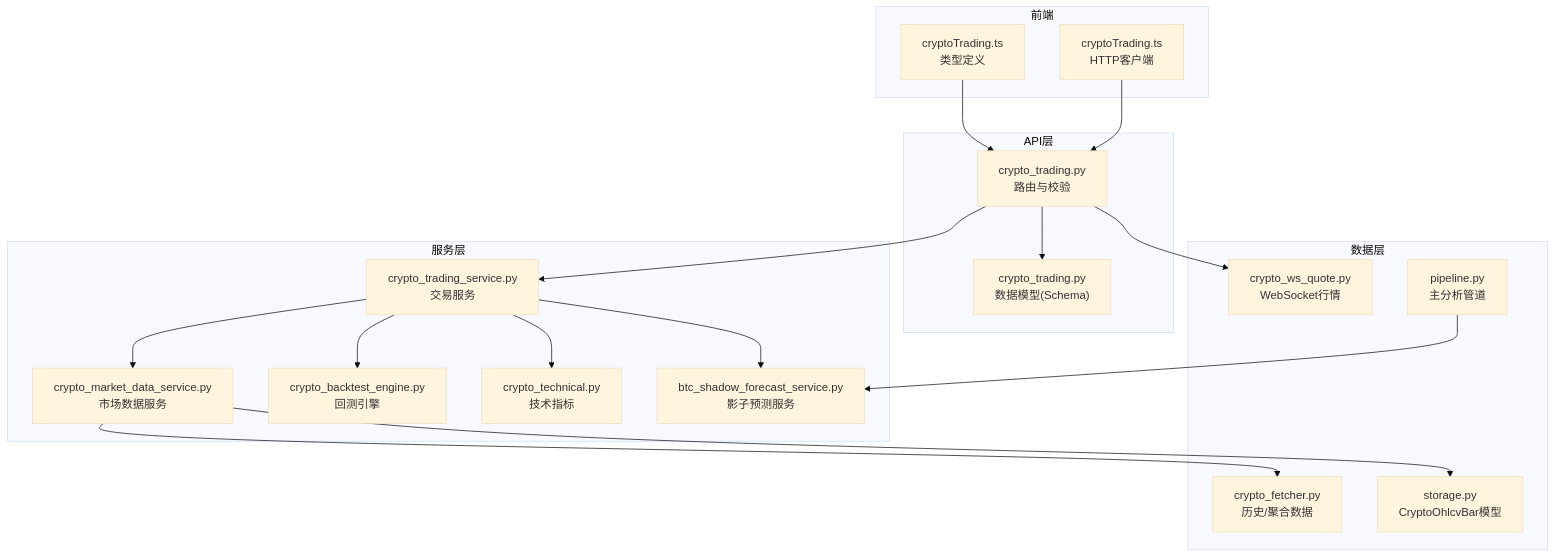
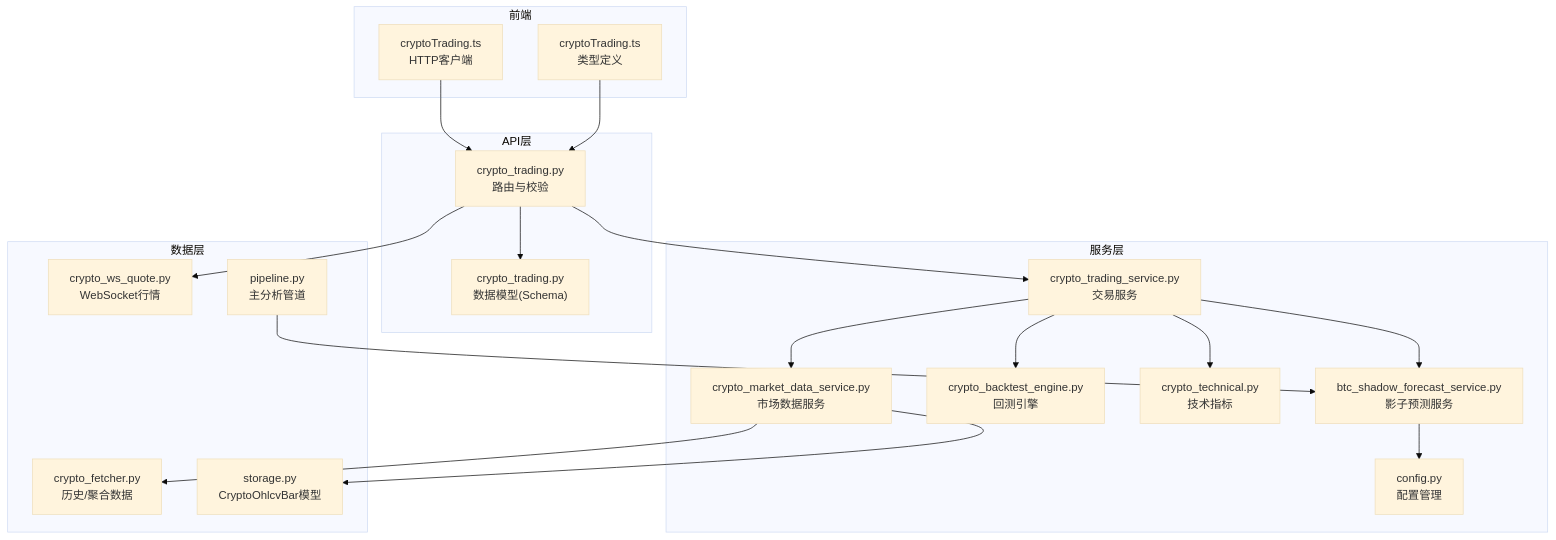
The first of 15 diagrams in .qoder/repowiki/zh/content/API参考文档/加密货币交易API.md (anYaoooo/daily_stock_analysis), drawn with Mermaid (base theme) before and after one commit. The commit also changed other lines of this file and 39 other files, not shown here.

````diff
--- a/.qoder/repowiki/zh/content/API参考文档/加密货币交易API.md
+++ b/.qoder/repowiki/zh/content/API参考文档/加密货币交易API.md
@@ -53,36 +55,38 @@
 ```mermaid
 graph TB
 subgraph "API层"
 A["crypto_trading.py<br/>路由与校验"]
 S["crypto_trading.py<br/>数据模型(Schema)"]
 end
 subgraph "服务层"
 SVC["crypto_trading_service.py<br/>交易服务"]
 CMD["crypto_market_data_service.py<br/>市场数据服务"]
 BT["crypto_backtest_engine.py<br/>回测引擎"]
 TECH["crypto_technical.py<br/>技术指标"]
 SHADOW["btc_shadow_forecast_service.py<br/>影子预测服务"]
+CONFIG["config.py<br/>配置管理"]
 end
 subgraph "数据层"
 DF["crypto_fetcher.py<br/>历史/聚合数据"]
 WS["crypto_ws_quote.py<br/>WebSocket行情"]
 DB["storage.py<br/>CryptoOhlcvBar模型"]
 PIPELINE["pipeline.py<br/>主分析管道"]
 end
 subgraph "前端"
 FE_API["cryptoTrading.ts<br/>HTTP客户端"]
 FE_TYPES["cryptoTrading.ts<br/>类型定义"]
 end
 A --> S
 A --> SVC
 SVC --> CMD
 CMD --> DF
 CMD --> DB
 SVC --> TECH
 SVC --> BT
 SVC --> SHADOW
+SHADOW --> CONFIG
 PIPELINE --> SHADOW
 A --> WS
 FE_API --> A
 FE_TYPES --> A
 ```
````
